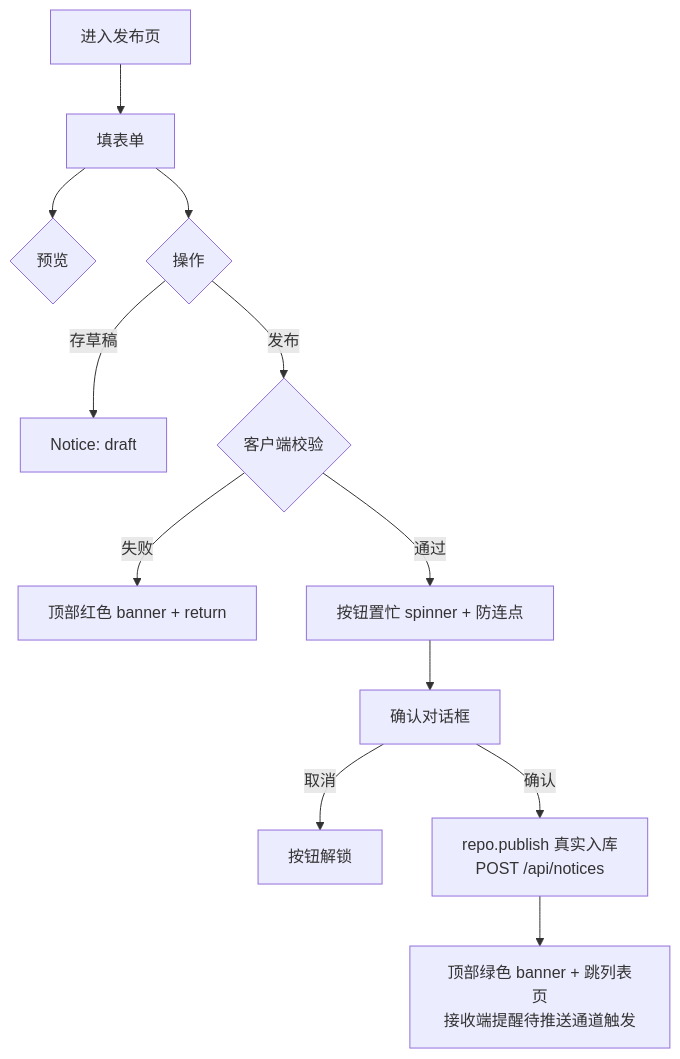
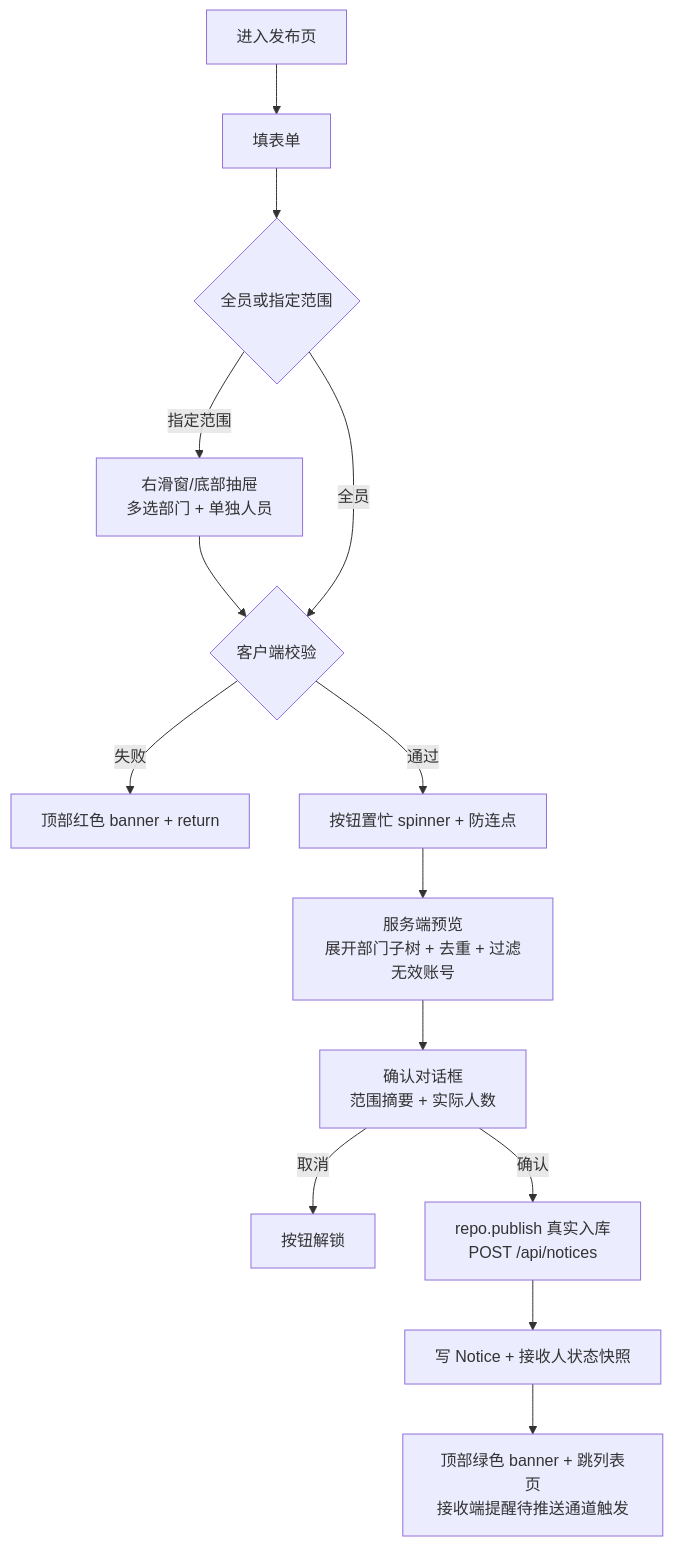
The diagram in docs/03-页面/通知发布页.md (BruceChu0424/utenelec_imp), drawn with Mermaid before and after one commit. The commit also changed other lines of this file and 281 other files, not shown here.

````diff
--- a/docs/03-页面/通知发布页.md
+++ b/docs/03-页面/通知发布页.md
@@ -85,14 +86,16 @@
 ```mermaid
 flowchart TD
     A[进入发布页] --> F[填表单]
-    F --> PV{预览}
-    F --> OP{操作}
-    OP -->|存草稿| D[Notice: draft]
-    OP -->|发布| V{客户端校验}
+    F --> S{全员或指定范围}
+    S -->|指定范围| P[右滑窗/底部抽屉<br/>多选部门 + 单独人员]
+    P --> V{客户端校验}
+    S -->|全员| V
     V -->|失败| E1[顶部红色 banner + return]
     V -->|通过| B[按钮置忙 spinner + 防连点]
-    B --> CF[确认对话框]
+    B --> PRE[服务端预览<br/>展开部门子树 + 去重 + 过滤无效账号]
+    PRE --> CF[确认对话框<br/>范围摘要 + 实际人数]
     CF -->|取消| E2[按钮解锁]
     CF -->|确认| API[repo.publish 真实入库<br/>POST /api/notices]
-    API --> E3[顶部绿色 banner + 跳列表页<br/>接收端提醒待推送通道触发]
+    API --> SNAP[写 Notice + 接收人状态快照]
+    SNAP --> E3[顶部绿色 banner + 跳列表页<br/>接收端提醒待推送通道触发]
 ```
````
